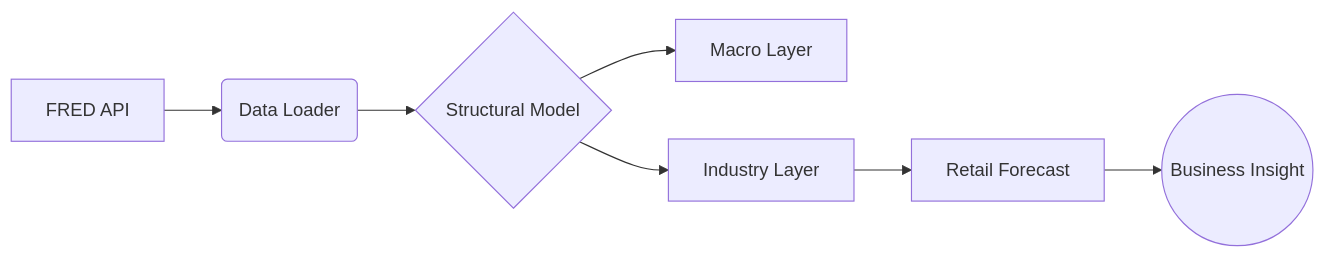
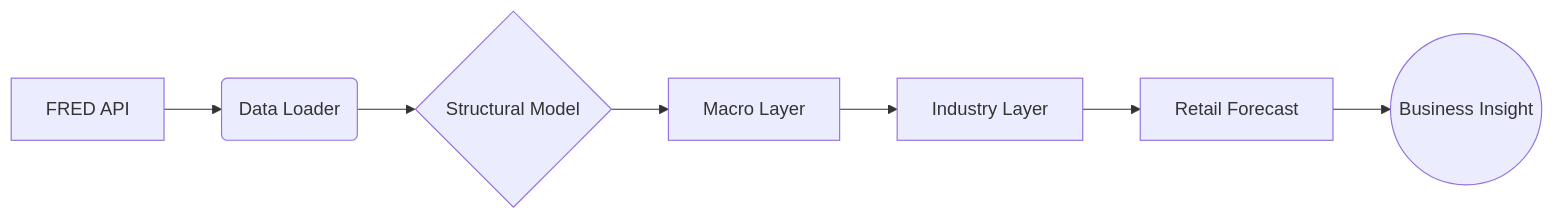
Before and after one commit to hb-cam/Retail-Forecasting-Talk: the diagram in README.md, drawn with Mermaid. The commit also changed other lines of this file, not shown here.

Commit message:
Update talk overview and structure solution in README

````diff
--- a/README.md
+++ b/README.md
@@ -43,9 +52,9 @@
 ```mermaid
 graph LR
     A[FRED API] --> B(Data Loader)
     B --> C{Structural Model}
     C --> D[Macro Layer]
-    C --> E[Industry Layer]
+    D --> E[Industry Layer]
     E --> F[Retail Forecast]
     F --> G((Business Insight))
 ```
````
